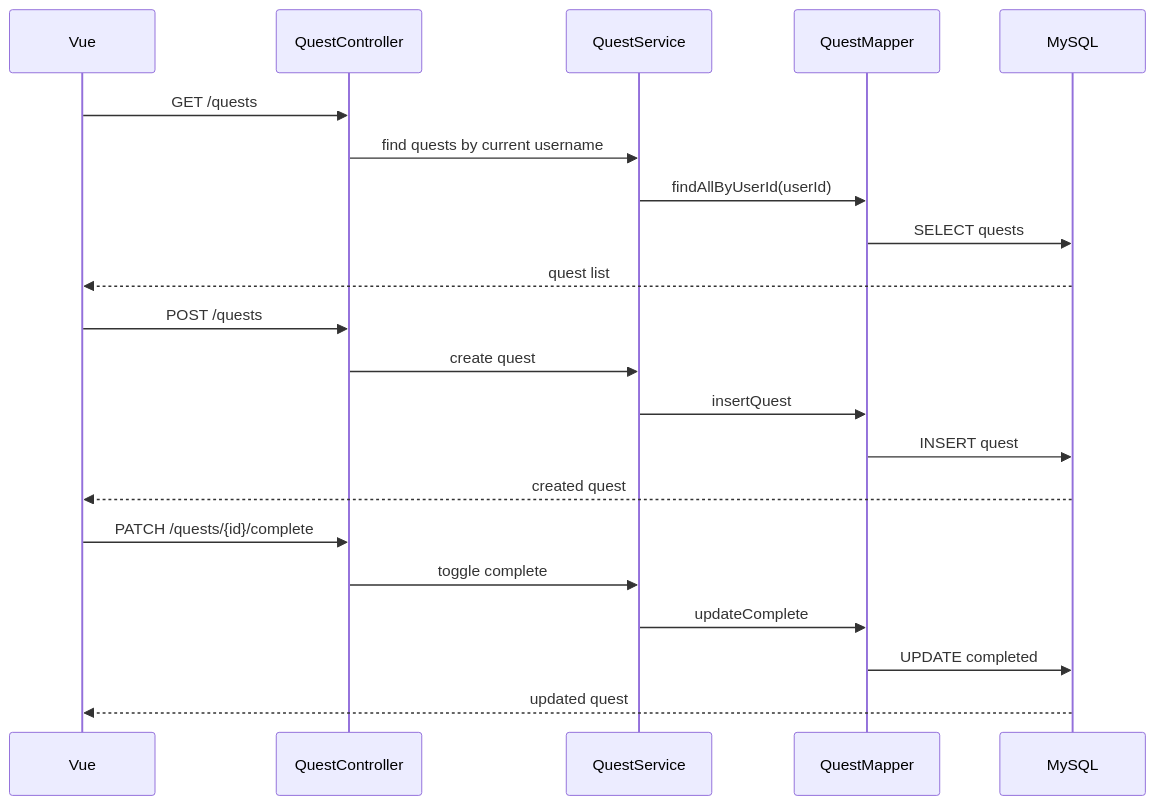
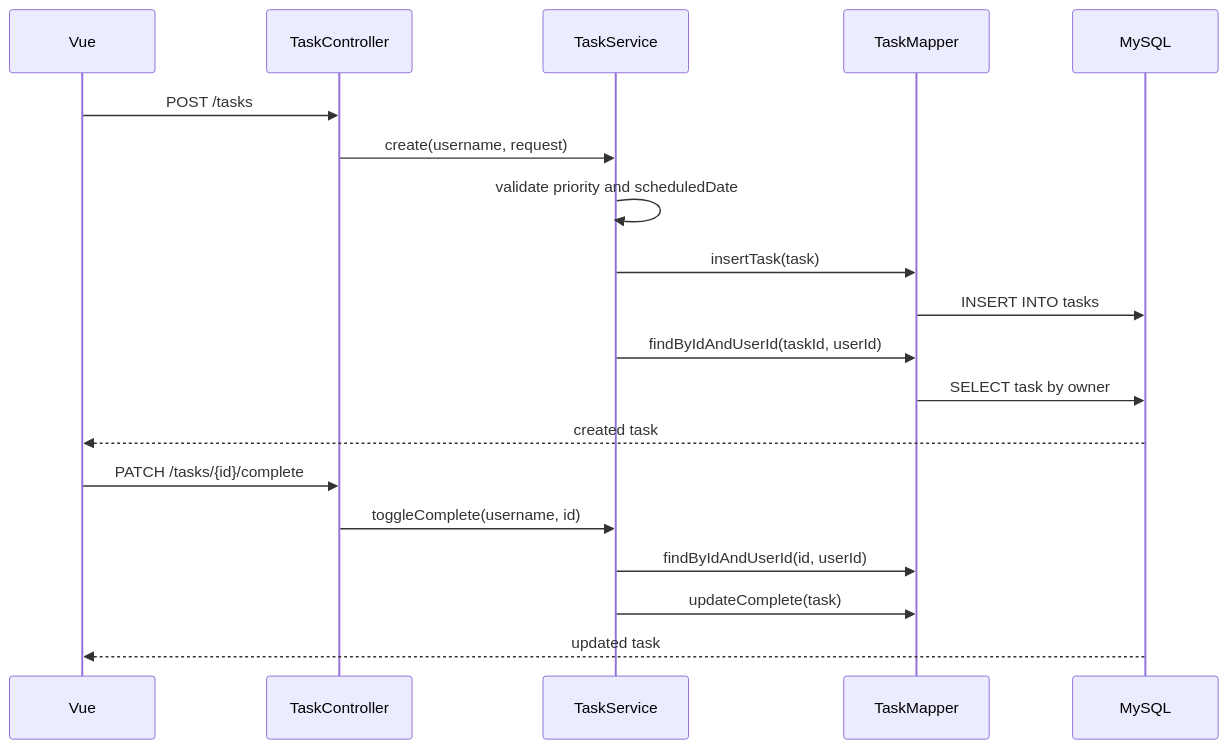
One commit to yonghuun/spring-toy-backend changed the second of 3 diagrams in README.md. Above: the diagram before and after it, drawn with Mermaid. The commit also changed other lines of this file, not shown here.

Commit message:
docs: update README for task calendar API

````diff
--- a/README.md
+++ b/README.md
@@ -54,26 +95,23 @@
 ```mermaid
 sequenceDiagram
     participant V as Vue
-    participant C as QuestController
-    participant SV as QuestService
-    participant M as QuestMapper
+    participant C as TaskController
+    participant S as TaskService
+    participant M as TaskMapper
     participant DB as MySQL
 
-    V->>C: GET /quests
-    C->>SV: find quests by current username
-    SV->>M: findAllByUserId(userId)
-    M->>DB: SELECT quests
-    DB-->>V: quest list
+    V->>C: POST /tasks
+    C->>S: create(username, request)
+    S->>S: validate priority and scheduledDate
+    S->>M: insertTask(task)
+    M->>DB: INSERT INTO tasks
+    S->>M: findByIdAndUserId(taskId, userId)
+    M->>DB: SELECT task by owner
+    DB-->>V: created task
 
-    V->>C: POST /quests
-    C->>SV: create quest
-    SV->>M: insertQuest
-    M->>DB: INSERT quest
-    DB-->>V: created quest
-
-    V->>C: PATCH /quests/{id}/complete
-    C->>SV: toggle complete
-    SV->>M: updateComplete
-    M->>DB: UPDATE completed
-    DB-->>V: updated quest
+    V->>C: PATCH /tasks/{id}/complete
+    C->>S: toggleComplete(username, id)
+    S->>M: findByIdAndUserId(id, userId)
+    S->>M: updateComplete(task)
+    DB-->>V: updated task
 ```
````
